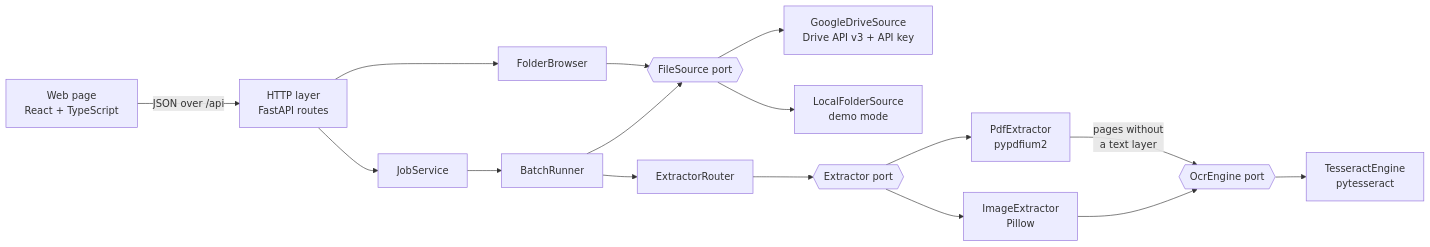
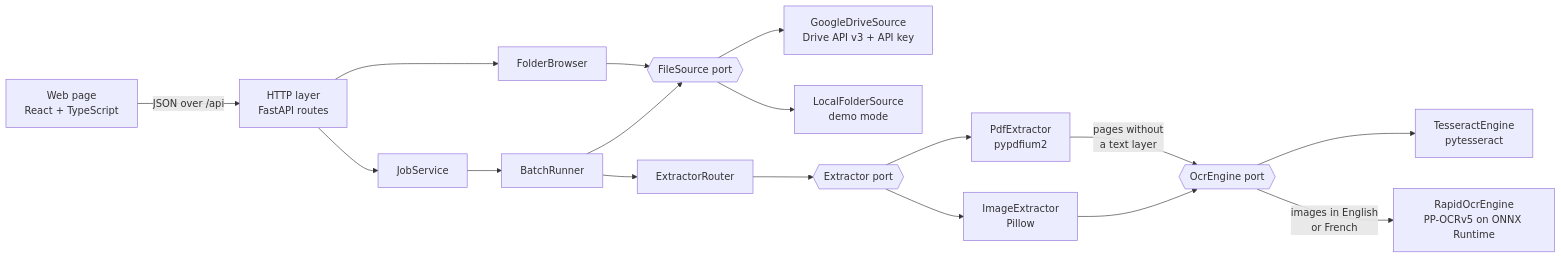
The diagram in README.md (hae-emna/drive-text-extractor), drawn with Mermaid before and after one commit. The commit also changed other lines of this file and 2 other files, not shown here.

First line of the commit message:
docs: describe the RapidOCR engine and its licences

````diff
--- a/README.md
+++ b/README.md
@@ -113,16 +116,17 @@
 ```mermaid
 flowchart LR
     UI["Web page<br/>React + TypeScript"] -- "JSON over /api" --> API["HTTP layer<br/>FastAPI routes"]
     API --> FB[FolderBrowser]
     API --> JS[JobService] --> BR[BatchRunner]
     FB --> FS{{"FileSource port"}}
     BR --> FS
     FS --> GD["GoogleDriveSource<br/>Drive API v3 + API key"]
     FS --> LF["LocalFolderSource<br/>demo mode"]
     BR --> R[ExtractorRouter] --> EX{{"Extractor port"}}
     EX --> PDF["PdfExtractor<br/>pypdfium2"]
     EX --> IMG["ImageExtractor<br/>Pillow"]
     PDF -- "pages without<br/>a text layer" --> OCR{{"OcrEngine port"}}
     IMG --> OCR
     OCR --> TES["TesseractEngine<br/>pytesseract"]
+    OCR -- "images in English<br/>or French" --> RAP["RapidOcrEngine<br/>PP-OCRv5 on ONNX Runtime"]
 ```
````
